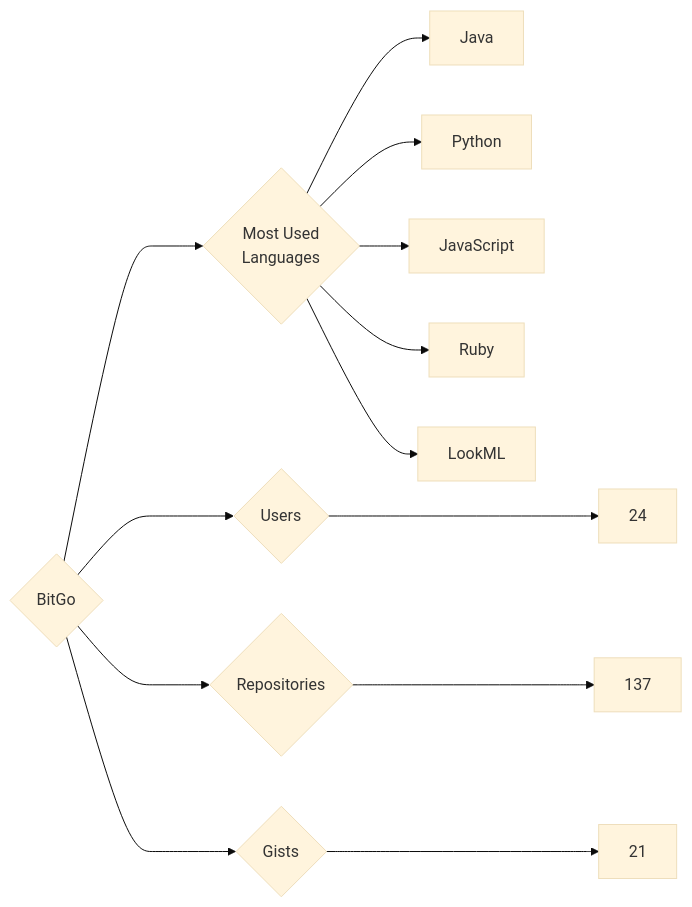
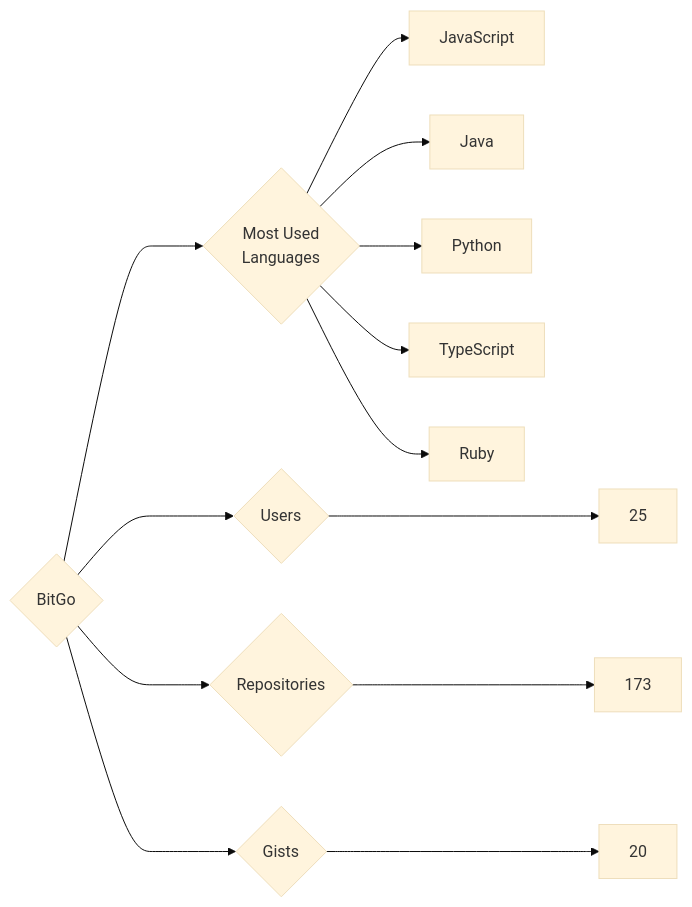
Before and after one commit to trickest/insiders: the diagram in targets/BitGo/README.md, drawn with Mermaid (base theme). The commit also changed 984 other files, not shown here.

````diff
--- a/targets/BitGo/README.md
+++ b/targets/BitGo/README.md
@@ -3,13 +3,13 @@
 ```mermaid
 graph LR
 COMPANY_NAME{BitGo}
-COMPANY_NAME ---> U{Users} ---> UN[24]
-COMPANY_NAME ---> R{Repositories} ---> RN[137]
-COMPANY_NAME ---> G{Gists} ---> GN[21]
+COMPANY_NAME ---> U{Users} ---> UN[25]
+COMPANY_NAME ---> R{Repositories} ---> RN[173]
+COMPANY_NAME ---> G{Gists} ---> GN[20]
 COMPANY_NAME ---> ML{Most Used<br>Languages}
+ML --> JavaScript[JavaScript]
 ML --> Java[Java]
 ML --> Python[Python]
-ML --> JavaScript[JavaScript]
+ML --> TypeScript[TypeScript]
 ML --> Ruby[Ruby]
-ML --> LookML[LookML]
 ```
````
